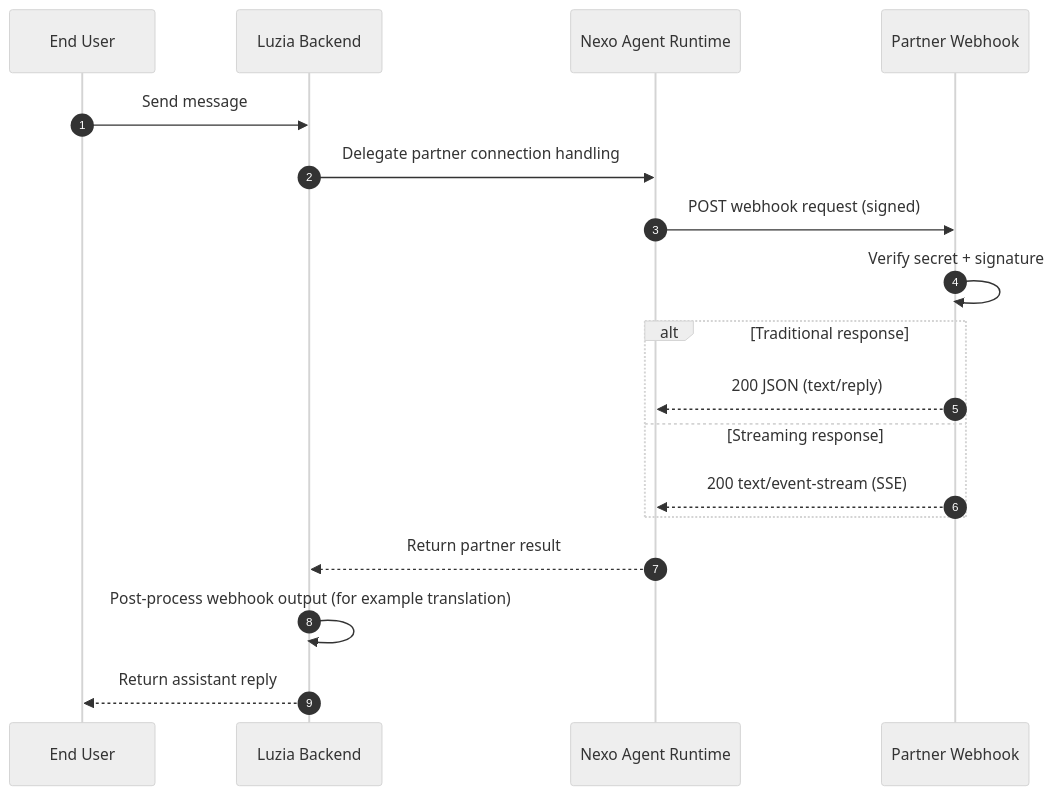
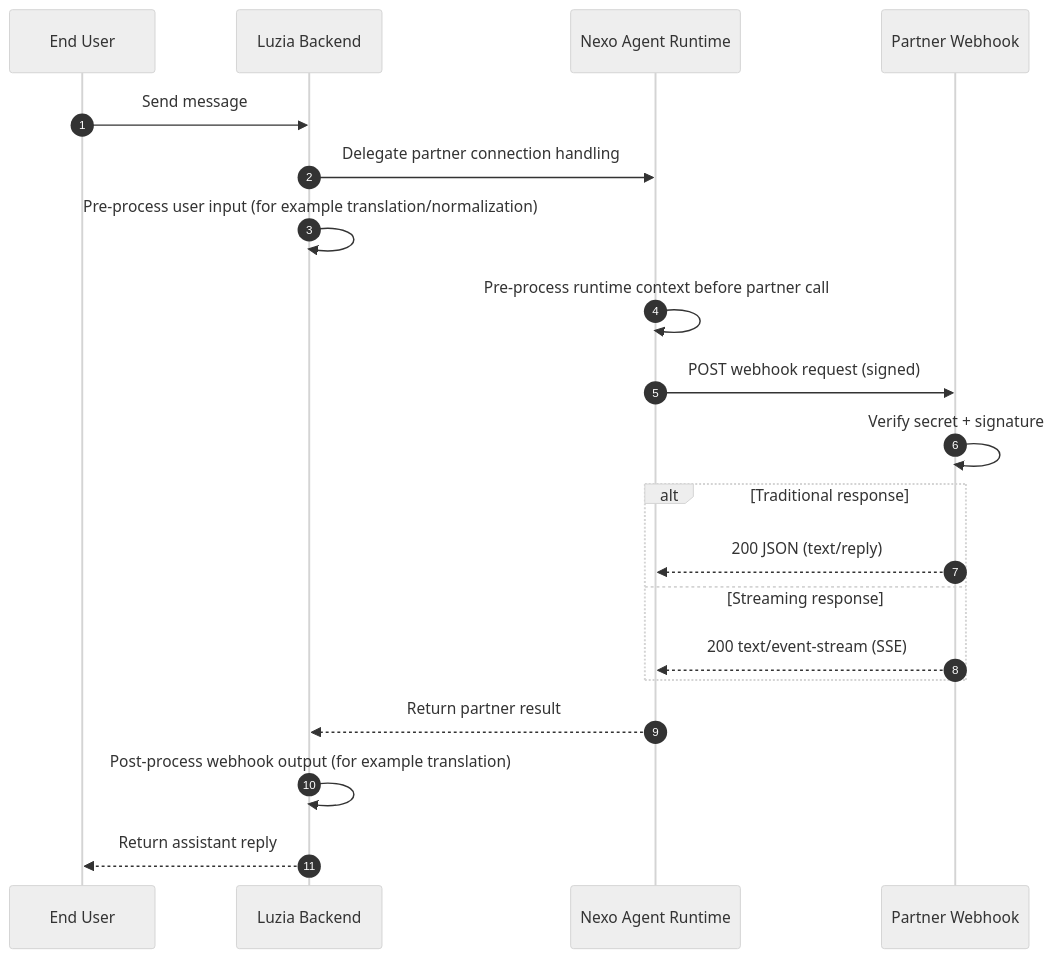
One commit to The-Wordlab/luzia-nexo-api changed the diagram in README.md. Above: the diagram before and after it, drawn with Mermaid (neutral theme). The commit also changed 1 other file, not shown here.

Commit message:
docs: add pre-processing stage to integration sequence diagrams

````diff
--- a/README.md
+++ b/README.md
@@ -17,21 +17,23 @@
 ```mermaid
 sequenceDiagram
     autonumber
     participant User as End User
     participant Luzia as Luzia Backend
     participant Nexo as Nexo Agent Runtime
     participant Partner as Partner Webhook
 
     User->>Luzia: Send message
     Luzia->>Nexo: Delegate partner connection handling
+    Luzia->>Luzia: Pre-process user input (for example translation/normalization)
+    Nexo->>Nexo: Pre-process runtime context before partner call
     Nexo->>Partner: POST webhook request (signed)
     Partner->>Partner: Verify secret + signature
     alt Traditional response
         Partner-->>Nexo: 200 JSON (text/reply)
     else Streaming response
         Partner-->>Nexo: 200 text/event-stream (SSE)
     end
     Nexo-->>Luzia: Return partner result
     Luzia->>Luzia: Post-process webhook output (for example translation)
     Luzia-->>User: Return assistant reply
 ```
````
